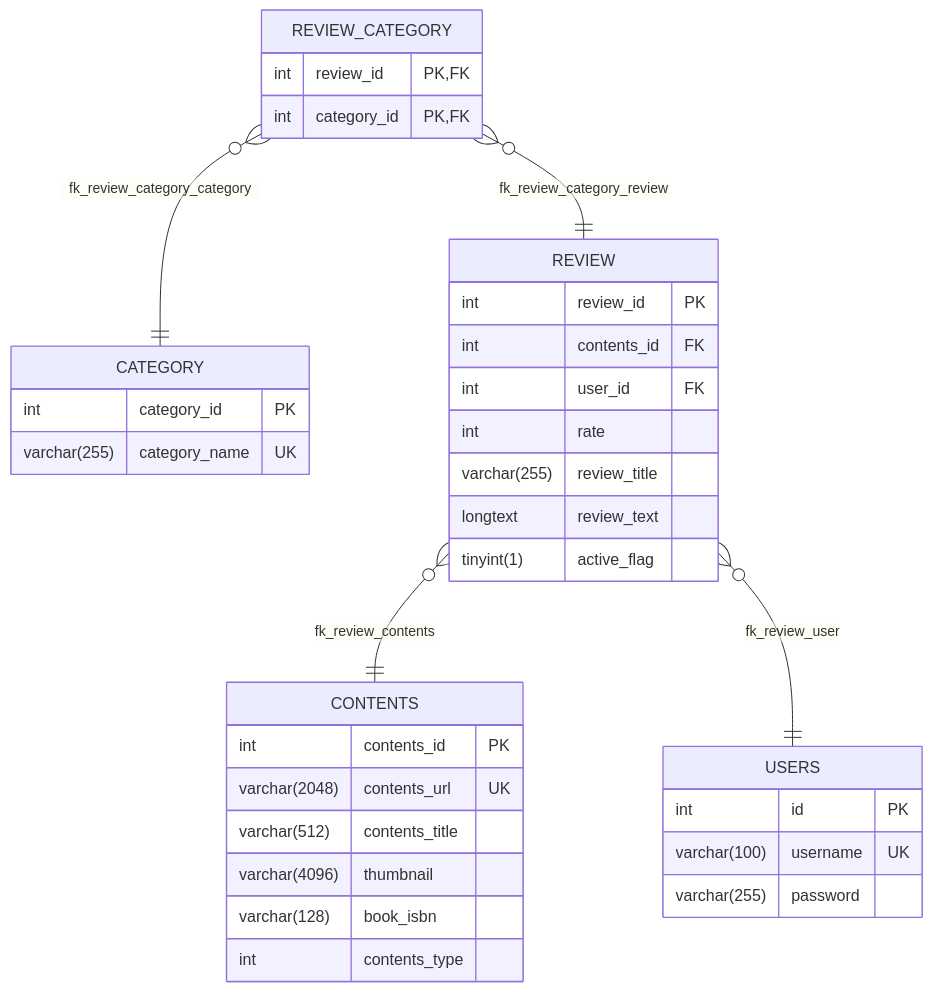
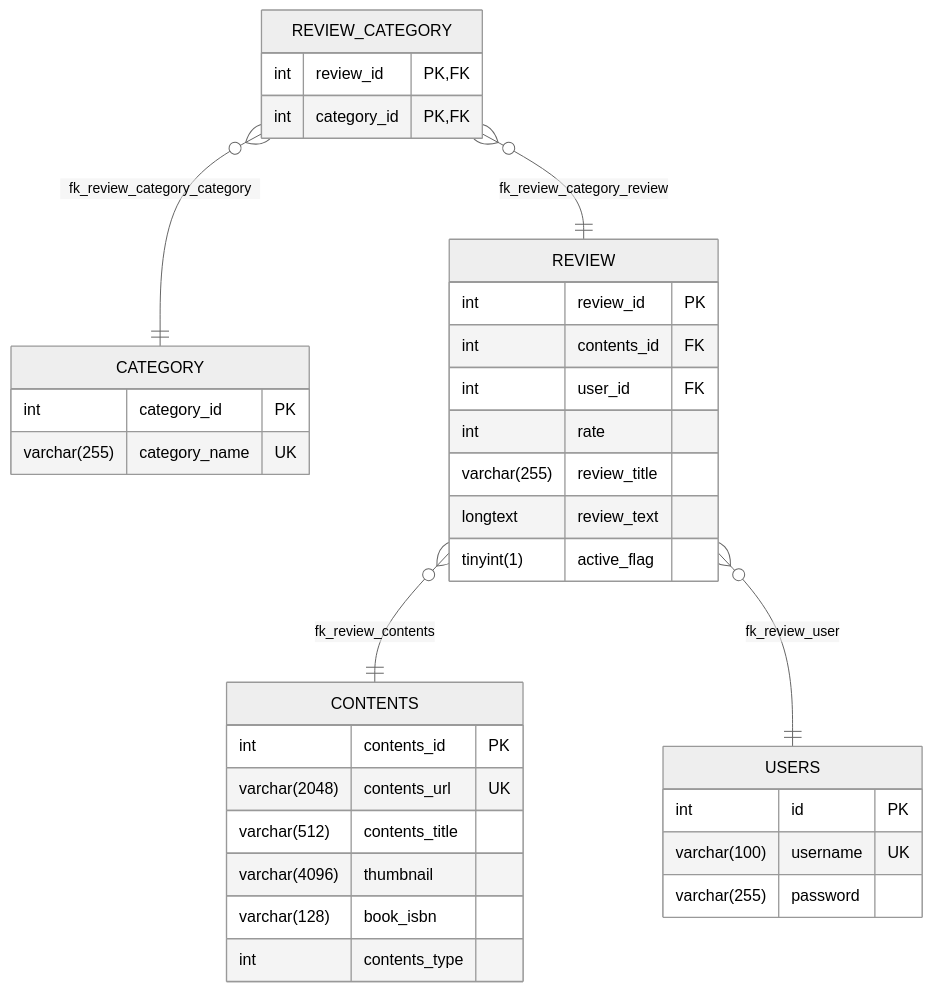
The diagram in README.md (hasetako/Review-Board), drawn with Mermaid before and after one commit.

````diff
--- a/README.md
+++ b/README.md
@@ -87,43 +87,47 @@
 ```mermaid
+---
+config:
+  theme: neutral
+---
 erDiagram
     CATEGORY {
         int          category_id     PK
         varchar(255) category_name   UK
     }
 
     CONTENTS {
         int           contents_id     PK
         varchar(2048) contents_url    UK
         varchar(512)  contents_title
         varchar(4096) thumbnail
         varchar(128)  book_isbn
         int           contents_type
     }
 
     USERS {
         int          id              PK
         varchar(100) username        UK
         varchar(255) password
     }
 
     REVIEW {
         int          review_id       PK
         int          contents_id     FK
         int          user_id         FK
         int          rate
         varchar(255) review_title
         longtext     review_text
         tinyint(1)   active_flag
     }
 
     REVIEW_CATEGORY {
         int          review_id       PK, FK
         int          category_id     PK, FK
     }
 
     %% リレーション
     REVIEW          }o--||  CONTENTS        : "fk_review_contents"
     REVIEW          }o--||  USERS           : "fk_review_user"
     REVIEW_CATEGORY }o--||  REVIEW          : "fk_review_category_review"
     REVIEW_CATEGORY }o--||  CATEGORY        : "fk_review_category_category"
 ```
````
